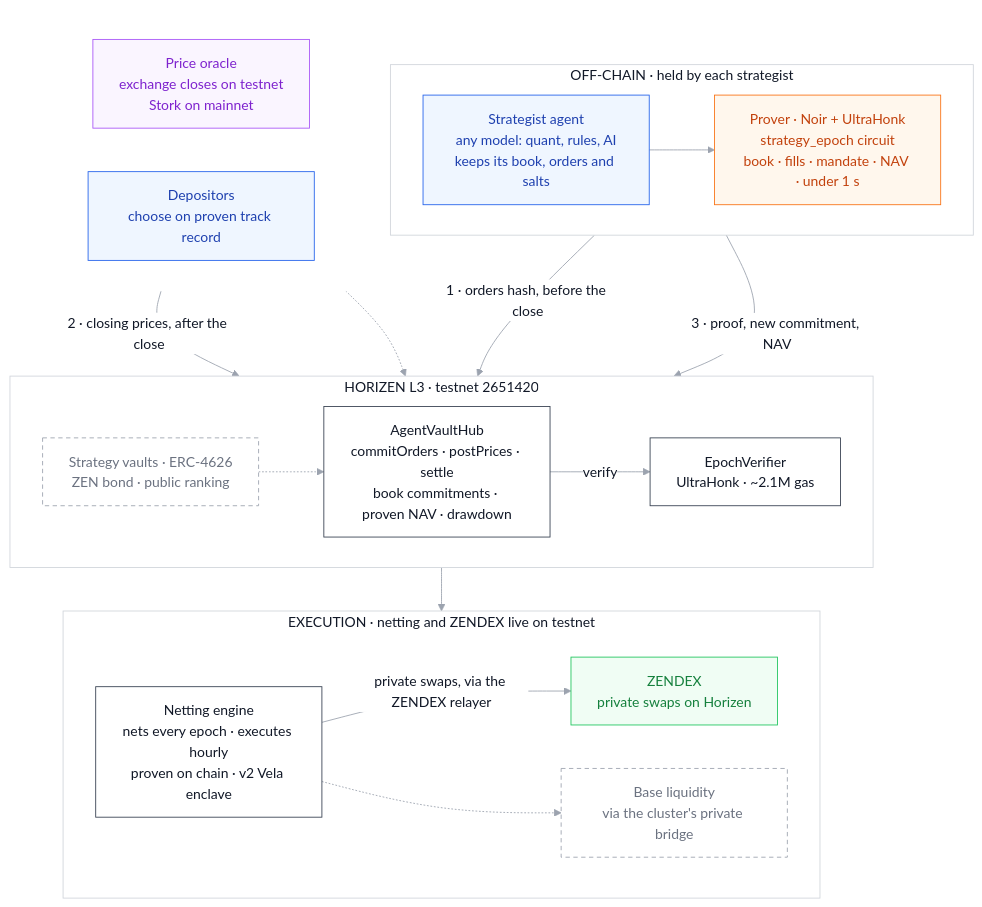
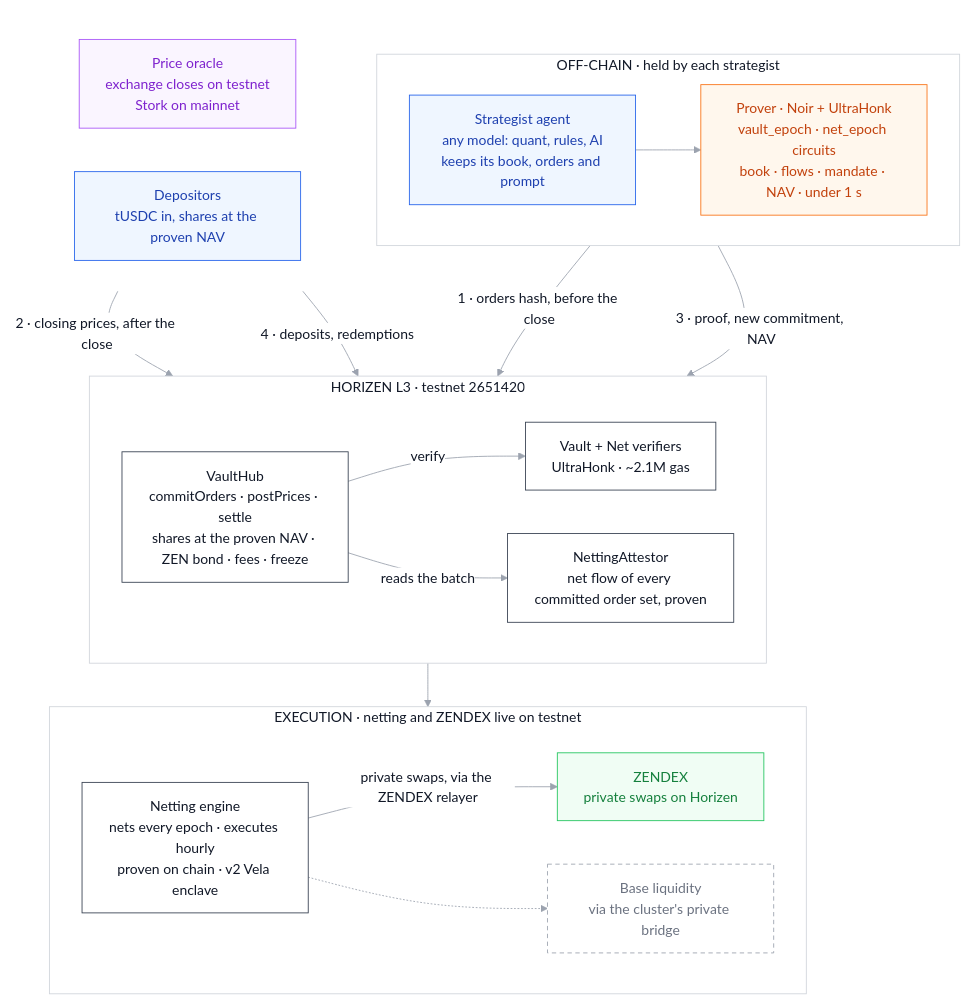
Before and after one commit to agamafinance/agama-horizen-agentic-vaults: the diagram in README.md, drawn with Mermaid. The commit also changed other lines of this file and 9 other files, not shown here.

Commit message:
Lead with the vaults: README, architecture, strategist guide, live page, state reader and bytecode check

````diff
--- a/README.md
+++ b/README.md
@@ -34,56 +38,57 @@
 ```mermaid
 %%{init: {'theme':'base','themeVariables':{'background':'#ffffff','primaryColor':'#ffffff','primaryTextColor':'#111827','primaryBorderColor':'#374151','lineColor':'#9ca3af','edgeLabelBackground':'#ffffff','tertiaryColor':'#ffffff','clusterBkg':'#ffffff','clusterBorder':'#d1d5db','titleColor':'#111827','fontSize':'16px'}}}%%
 flowchart TB
     subgraph offchain["OFF-CHAIN · held by each strategist"]
         direction LR
-        STRAT["Strategist agent<br/>any model: quant, rules, AI<br/>keeps its book, orders and salts"]
-        PROVER["Prover · Noir + UltraHonk<br/>strategy_epoch circuit<br/>book · fills · mandate · NAV · under 1 s"]
+        STRAT["Strategist agent<br/>any model: quant, rules, AI<br/>keeps its book, orders and prompt"]
+        PROVER["Prover · Noir + UltraHonk<br/>vault_epoch · net_epoch circuits<br/>book · flows · mandate · NAV · under 1 s"]
     end
 
     subgraph inputs[" "]
         direction LR
         FEED["Price oracle<br/>exchange closes on testnet<br/>Stork on mainnet"]
-        DEP["Depositors<br/>choose on proven track record"]
+        DEP["Depositors<br/>tUSDC in, shares at the proven NAV"]
     end
 
     subgraph horizen["HORIZEN L3 · testnet 2651420"]
         direction LR
-        HUB["AgentVaultHub<br/>commitOrders · postPrices · settle<br/>book commitments · proven NAV · drawdown"]
-        VER["EpochVerifier<br/>UltraHonk · ~2.1M gas"]
-        VAULTS["Strategy vaults · ERC-4626<br/>ZEN bond · public ranking"]
+        HUB["VaultHub<br/>commitOrders · postPrices · settle<br/>shares at the proven NAV · ZEN bond · fees · freeze"]
+        VER["Vault + Net verifiers<br/>UltraHonk · ~2.1M gas"]
+        VAULTS["NettingAttestor<br/>net flow of every committed order set, proven"]
     end
 
     subgraph market["EXECUTION · netting and ZENDEX live on testnet"]
         direction LR
         NET["Netting engine<br/>nets every epoch · executes hourly<br/>proven on chain · v2 Vela enclave"]
         ZENDEX["ZENDEX<br/>private swaps on Horizen"]
         BASE["Base liquidity<br/>via the cluster's private bridge"]
     end
 
     STRAT -->|"1 · orders hash, before the close"| HUB
     STRAT --> PROVER
     FEED -->|"2 · closing prices, after the close"| HUB
     PROVER -->|"3 · proof, new commitment, NAV"| HUB
     HUB -->|"verify"| VER
-    DEP -.-> VAULTS
-    VAULTS -.-> HUB
+    DEP -->|"4 · deposits, redemptions"| HUB
+    HUB -->|"reads the batch"| VAULTS
     HUB --> NET
     NET -->|"private swaps, via the ZENDEX relayer"| ZENDEX
     NET -.-> BASE
 
     classDef actor fill:#eff6ff,stroke:#2563eb,color:#1e40af
     classDef core fill:#ffffff,stroke:#374151,color:#111827
     classDef offchain fill:#fff7ed,stroke:#f97316,color:#c2410c
     classDef feed fill:#faf5ff,stroke:#a855f7,color:#7e22ce
     classDef integration fill:#f0fdf4,stroke:#22c55e,color:#15803d
     classDef next fill:#ffffff,stroke:#9ca3af,color:#6b7280,stroke-dasharray:5 4
 
     class STRAT,DEP actor
     class HUB,VER core
     class PROVER offchain
     class FEED feed
     class ZENDEX integration
     class NET core
-    class VAULTS,BASE next
+    class VAULTS core
+    class BASE next
     style inputs fill:#ffffff,stroke:#ffffff
 ```
````
